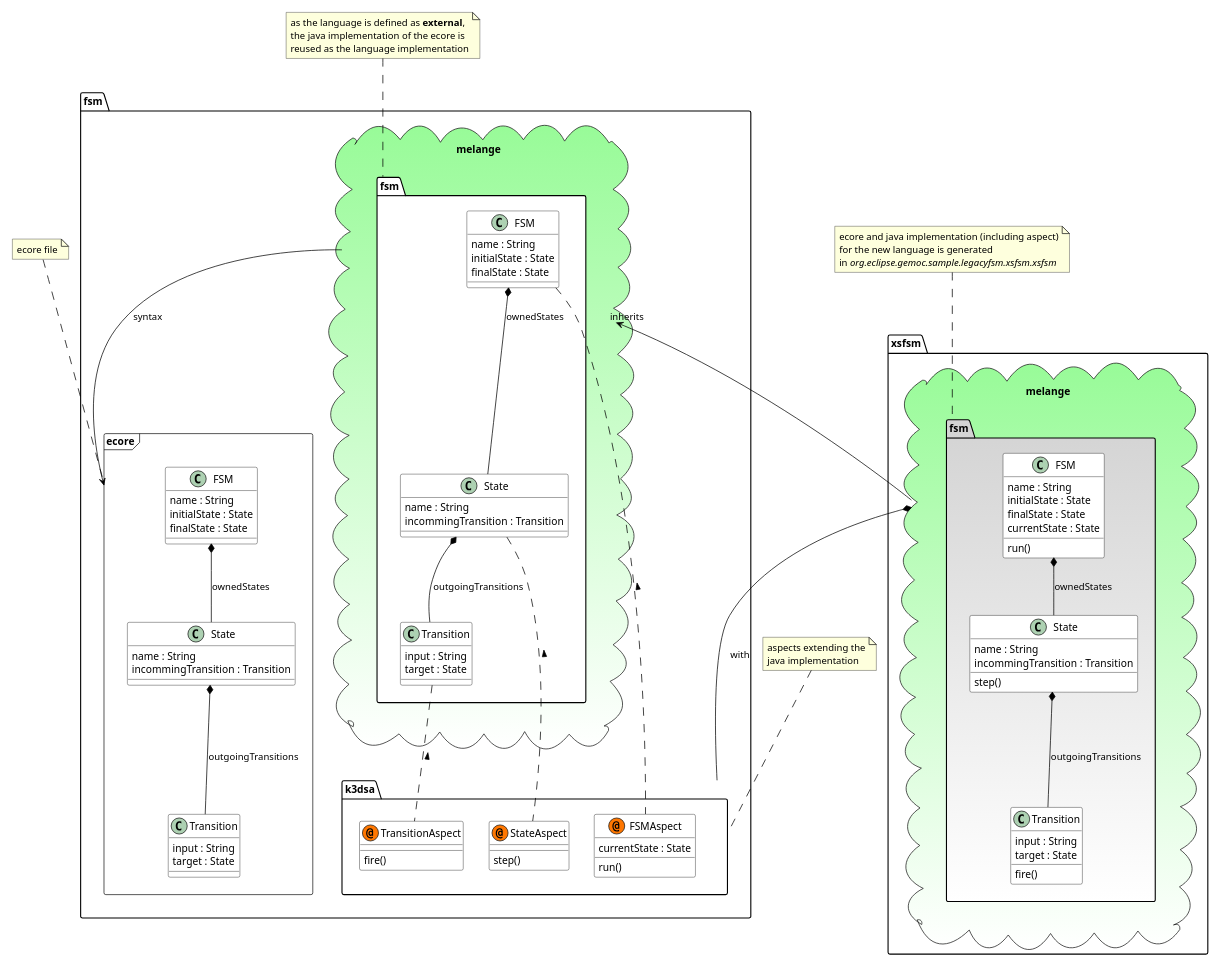
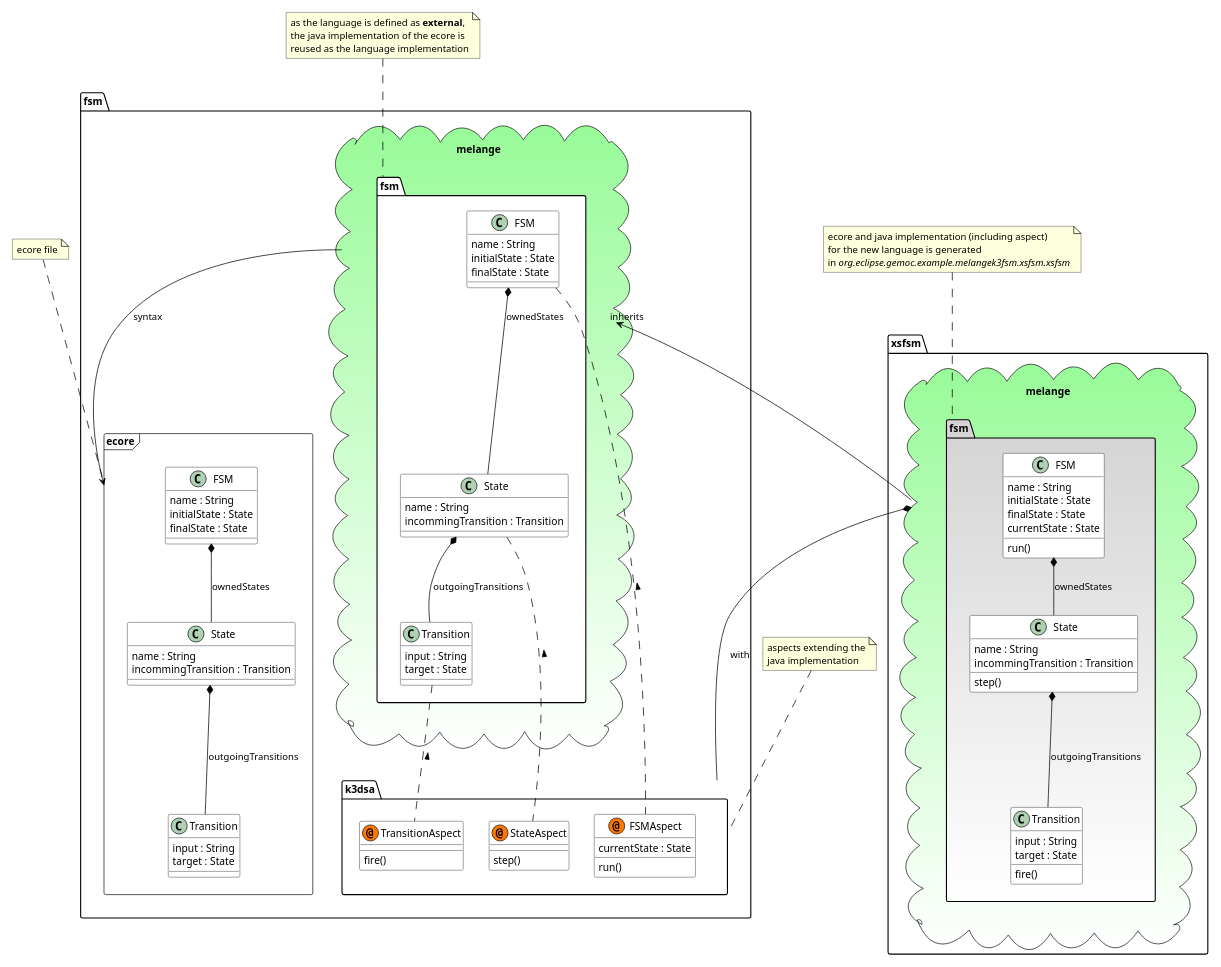
The diagram in official_samples/sample.deployers/plugins/org.eclipse.gemoc.sequential.language.wb.sample.deployer/docs/images/LegacyFSM_language_figure.plantuml (eclipse-gemoc/gemoc-studio), drawn with PlantUML before and after one commit. The commit also changed 461 other files, not shown here.

```diff
--- a/official_samples/sample.deployers/plugins/org.eclipse.gemoc.sequential.language.wb.sample.deployer/docs/images/LegacyFSM_language_figure.plantuml
+++ b/official_samples/sample.deployers/plugins/org.eclipse.gemoc.sequential.language.wb.sample.deployer/docs/images/LegacyFSM_language_figure.plantuml
@@ -1,110 +1,110 @@
 @startuml
 hide stereotype  
 skinparam class {
 	BackgroundColor White
 	ArrowColor Black
 	BorderColor Black
 }
 
 scale max 1024 width
 scale max 800 height
 
 namespace fsm.ecore <<Frame>>  {
 
   class FSM {
     name : String
     initialState : State
     finalState : State
   }
   class State{
     name : String
     incommingTransition : Transition
   }
 	class Transition{
 		input : String
 		target : State
 	}
 	FSM *-- State : ownedStates
 	State *-- Transition : outgoingTransitions
 }
 
 note "ecore file" as N1
 N1 .. fsm.ecore
  
 namespace fsm.melange <<Cloud>> #PaleGreen-white {
 	namespace fsm  #white {
 	  class FSM {
 	    name : String
 	    initialState : State
 	    finalState : State
 	  }
 	  class State{
 	    name : String
 	    incommingTransition : Transition
 	  }
 		class Transition{
 			input : String
 			target : State
 		}
 		FSM *-- State : ownedStates
 		State *-- Transition : outgoingTransitions
 	}
 }
 
 note "as the language is defined as <b>external</b>,\nthe java implementation of the ecore is\nreused as the language implementation" as N2
 N2 .. fsm.melange.fsm
 
 
 namespace fsm.k3dsa   {
     class FSMAspect << (@,#FF7700) Aspect >>{
 	    currentState : State
 	    run()
 	}
 	class StateAspect << (@,#FF7700) Aspect >>{
 	    step()
 	}
 	class TransitionAspect << (@,#FF7700) Aspect >>{
 	    fire()
 	}
 }
 
 
 note "aspects extending the\njava implementation" as N3
 N3 .. fsm.k3dsa
 
 fsm.melange.fsm.FSM .. fsm.k3dsa.FSMAspect  : <
 fsm.melange.fsm.State .. fsm.k3dsa.StateAspect  : <
 fsm.melange.fsm.Transition .. fsm.k3dsa.TransitionAspect  : <
 
 namespace xsfsm.melange <<Cloud>> #PaleGreen-white {
 	namespace fsm  #LightGray-white {
 	  class FSM {
 	    name : String
 	    initialState : State
 	    finalState : State
 	    currentState : State
 	    run()
 	  }
 	  class State{
 	    name : String
 	    incommingTransition : Transition
 	    step()
 	  }
 	  class Transition{
 	    input : String
 	    target : State
 	    fire()
 	  }
 	  FSM *-- State : ownedStates
 	  State *-- Transition : outgoingTransitions
 	}
 }
 
-note "ecore and java implementation (including aspect)\nfor the new language is generated\nin <i>org.eclipse.gemoc.sample.legacyfsm.xsfsm.xsfsm</i>" as N4
+note "ecore and java implementation (including aspect)\nfor the new language is generated\nin <i>org.eclipse.gemoc.example.melangek3fsm.xsfsm.xsfsm</i>" as N4
 N4 .. xsfsm.melange.fsm
 
 fsm.melange --> fsm.ecore : syntax 
 fsm.melange <-- xsfsm.melange : inherits
 xsfsm.melange *-- fsm.k3dsa : with
 
 @enduml
```
